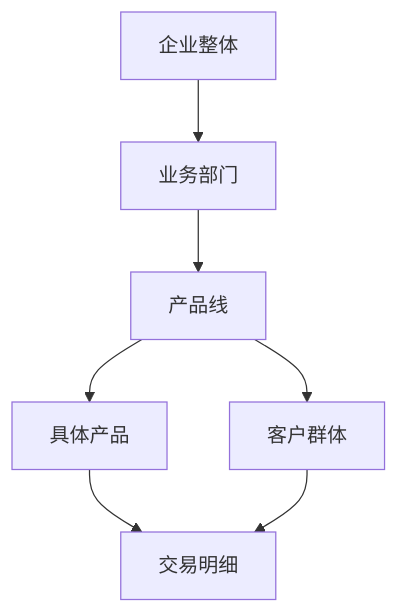
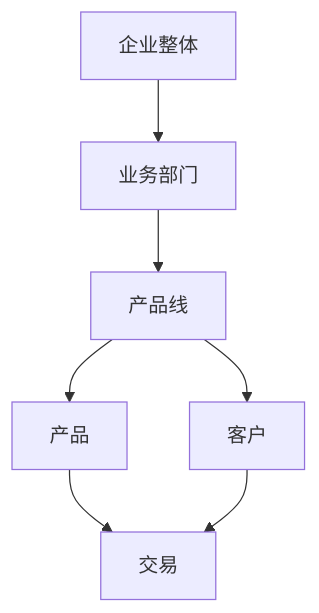
The second of 3 diagrams in src/site/notes/08-财务专业/财务BI看板项目/设计稿/交互设计/财务看板交互指南.md (amcoimg/my-digital-garden), drawn with Mermaid before and after one commit. The commit also changed other lines of this file, not shown here.

````diff
--- a/src/site/notes/08-财务专业/财务BI看板项目/设计稿/交互设计/财务看板交互指南.md
+++ b/src/site/notes/08-财务专业/财务BI看板项目/设计稿/交互设计/财务看板交互指南.md
@@ -85,9 +83,9 @@
 ```mermaid
 graph TD
     A[企业整体] --> B[业务部门]
     B --> C[产品线]
-    C --> D[具体产品]
-    C --> E[客户群体]
-    D --> F[交易明细]
+    C --> D[产品]
+    C --> E[客户]
+    D --> F[交易]
     E --> F
 ```
````
